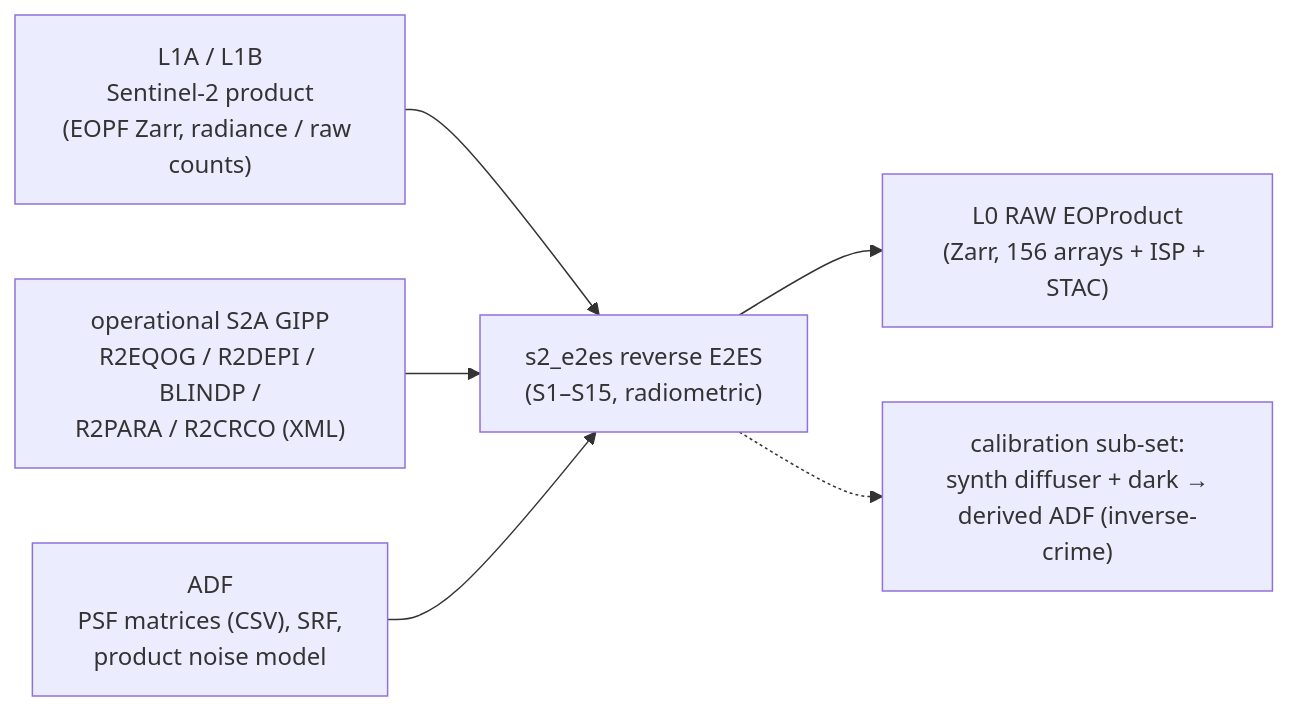
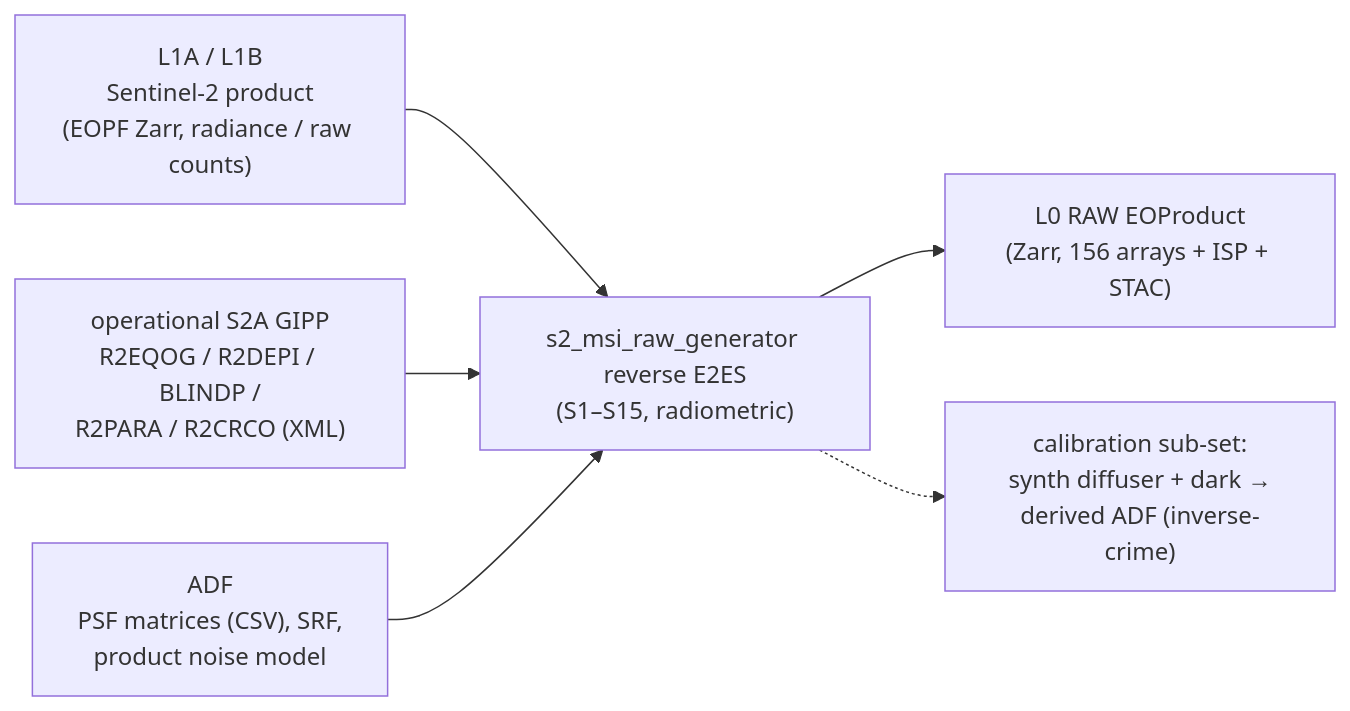
One commit to AstroCan17/s2-msi-raw-generator changed the first of 2 diagrams in docs/dpm/context.md. Above: the diagram before and after it, drawn with Mermaid. The commit also changed other lines of this file and 89 other files, not shown here.

First line of the commit message:
refactor!: rename Python package s2_e2es -> s2_msi_raw_generator

````diff
--- a/docs/dpm/context.md
+++ b/docs/dpm/context.md
@@ -19,14 +19,14 @@
 ```mermaid
 flowchart LR
     L1["L1A / L1B<br/>Sentinel-2 product<br/>(EOPF Zarr, radiance / raw counts)"]
     GIPP["operational S2A GIPP<br/>R2EQOG / R2DEPI / BLINDP /<br/>R2PARA / R2CRCO (XML)"]
     ADF["ADF<br/>PSF matrices (CSV), SRF,<br/>product noise model"]
-    E2ES["s2_e2es reverse E2ES<br/>(S1–S15, radiometric)"]
+    E2ES["s2_msi_raw_generator reverse E2ES<br/>(S1–S15, radiometric)"]
     L0["L0 RAW EOProduct<br/>(Zarr, 156 arrays + ISP + STAC)"]
     CAL["calibration sub-set:<br/>synth diffuser + dark →<br/>derived ADF (inverse-crime)"]
     L1 --> E2ES
     GIPP --> E2ES
     ADF --> E2ES
     E2ES --> L0
     E2ES -.-> CAL
 ```
````
